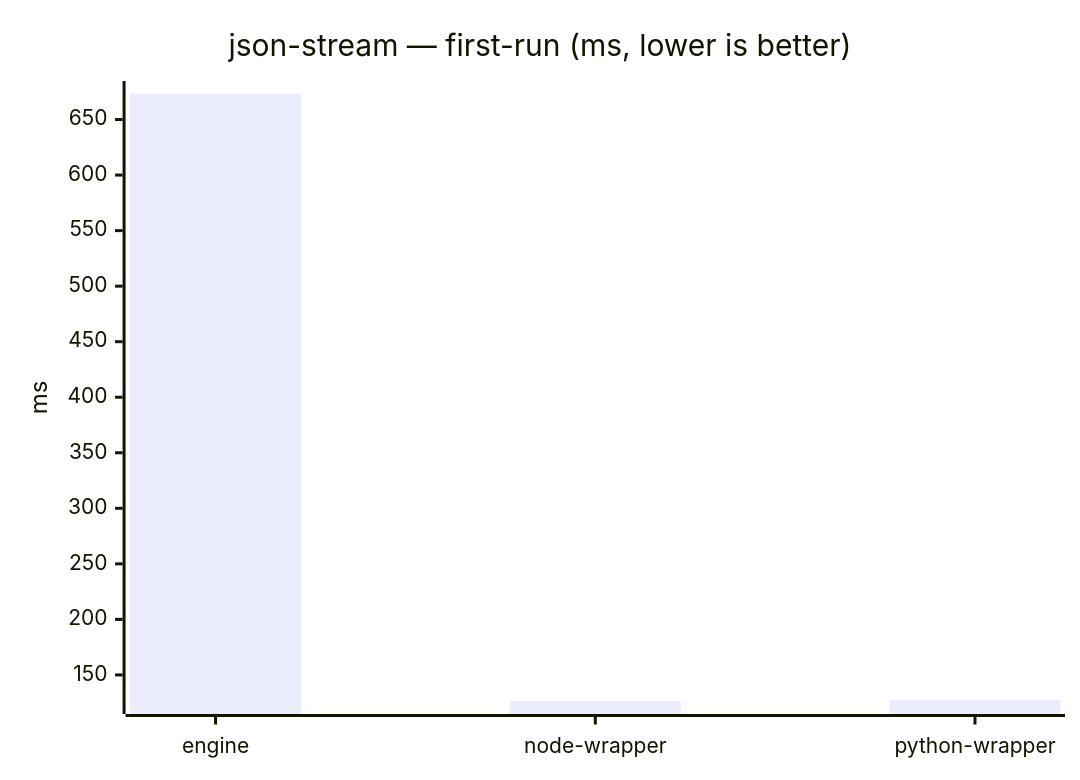
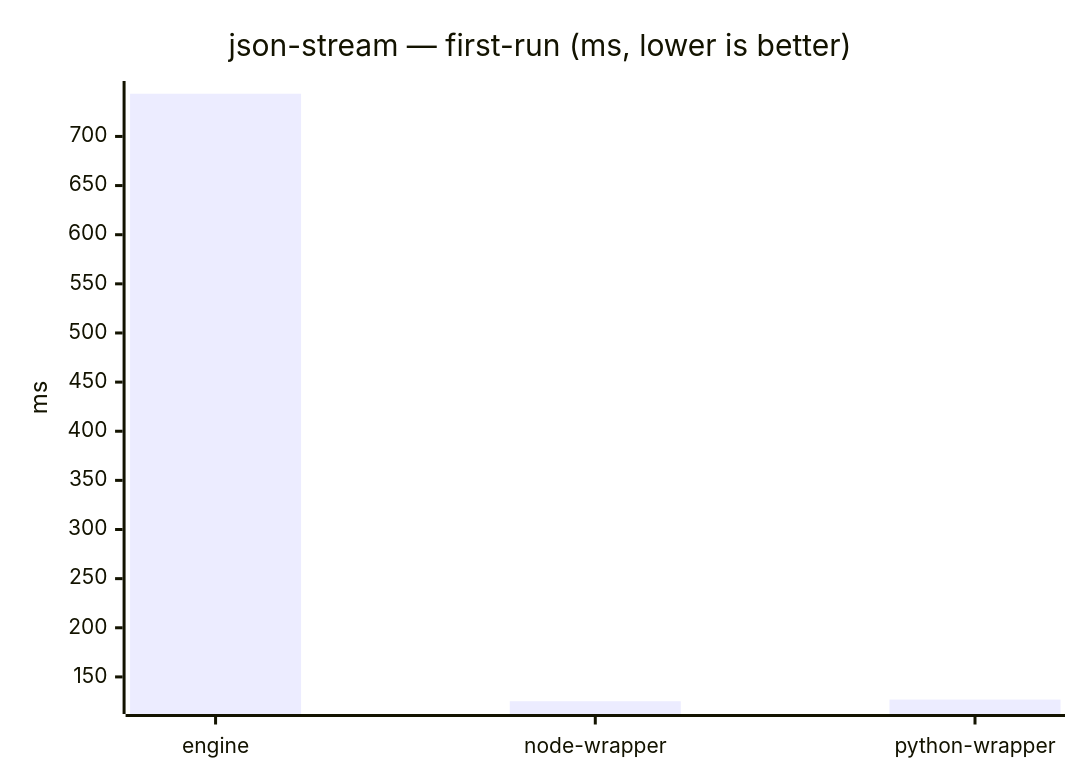
Diagram 11 of 23 in benchmarks/report/RESULTS.md (mulesoft/data-weave-cli), drawn with Mermaid before and after one commit. The commit also changed other lines of this file, not shown here.

````diff
--- a/benchmarks/report/RESULTS.md
+++ b/benchmarks/report/RESULTS.md
@@ -134,7 +134,7 @@
 ```mermaid
 xychart-beta
     title "json-stream — first-run (ms, lower is better)"
     x-axis ["engine", "node-wrapper", "python-wrapper"]
     y-axis "ms"
-    bar [673.213, 126.296, 127.674]
+    bar [743.439, 125.233, 126.949]
 ```
````
